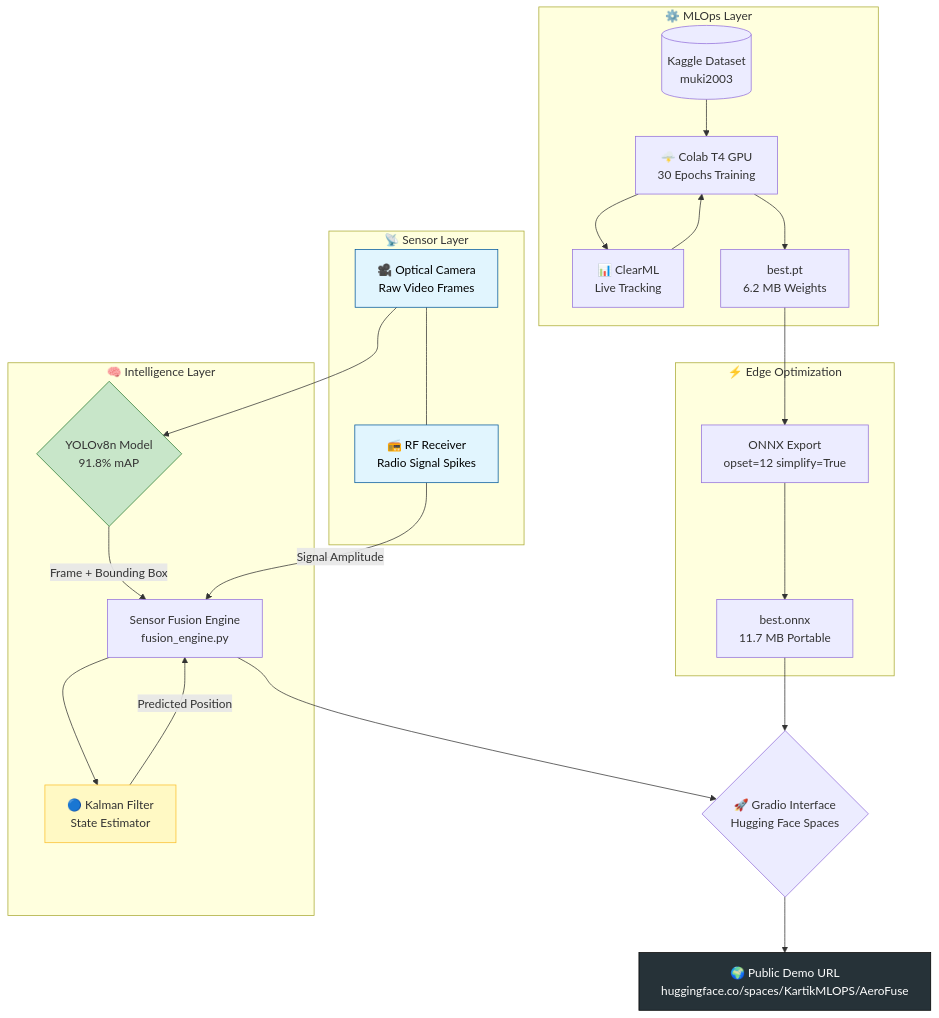
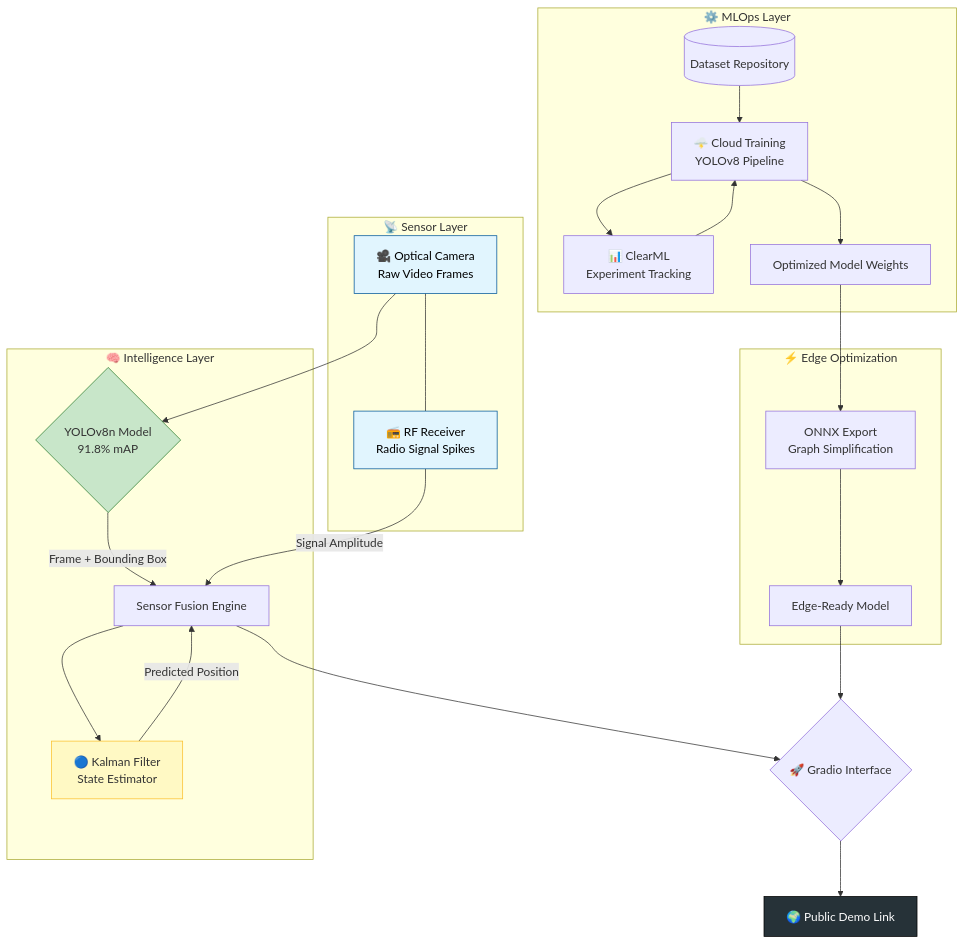
The diagram in README.md (Kartik-dev-18/AeroFuse), drawn with Mermaid before and after one commit. The commit also changed other lines of this file, not shown here.

````diff
--- a/README.md
+++ b/README.md
@@ -31,42 +30,42 @@
 ```mermaid
 graph TD
     %% Input Layer
     subgraph "📡 Sensor Layer"
     A[🎥 Optical Camera\nRaw Video Frames]:::sensor --- B[📻 RF Receiver\nRadio Signal Spikes]:::sensor
     end
 
     %% Intelligence Layer
     subgraph "🧠 Intelligence Layer"
     A --> C{YOLOv8n Model\n91.8% mAP}
-    C -- "Frame + Bounding Box" --> D[Sensor Fusion Engine\nfusion_engine.py]
+    C -- "Frame + Bounding Box" --> D[Sensor Fusion Engine]
     B -- "Signal Amplitude" --> D
     D --> E[🔵 Kalman Filter\nState Estimator]
     E -- "Predicted Position" --> D
     end
 
     %% MLOps Layer
     subgraph "⚙️ MLOps Layer"
-    F[(Kaggle Dataset\nmuki2003)] --> G[🌩️ Colab T4 GPU\n30 Epochs Training]
-    G --> H[📊 ClearML\n Live Tracking]
+    F[(Dataset Repository)] --> G[🌩️ Cloud Training\nYOLOv8 Pipeline]
+    G --> H[📊 ClearML\n Experiment Tracking]
     H --> G
-    G --> I[best.pt\n6.2 MB Weights]
+    G --> I[Optimized Model Weights]
     end
 
     %% Optimization Layer
     subgraph "⚡ Edge Optimization"
-    I --> J[ONNX Export\nopset=12 simplify=True]
-    J --> K[best.onnx\n11.7 MB Portable]
+    I --> J[ONNX Export\nGraph Simplification]
+    J --> K[Edge-Ready Model]
     end
 
     %% Output
-    D --> L{🚀 Gradio Interface\nHugging Face Spaces}
+    D --> L{🚀 Gradio Interface}
     K --> L
-    L --> M[🌍 Public Demo URL\nhuggingface.co/spaces/KartikMLOPS/AeroFuse]
+    L --> M[🌍 Public Demo Link]
 
     %% Styling
     classDef sensor fill:#e1f5fe,stroke:#01579b,color:#000
     classDef model fill:#c8e6c9,stroke:#2e7d32,color:#000
     style C fill:#c8e6c9,stroke:#2e7d32
     style E fill:#fff9c4,stroke:#fbc02d
     style M fill:#263238,stroke:#000,color:#fff
 ```
````
